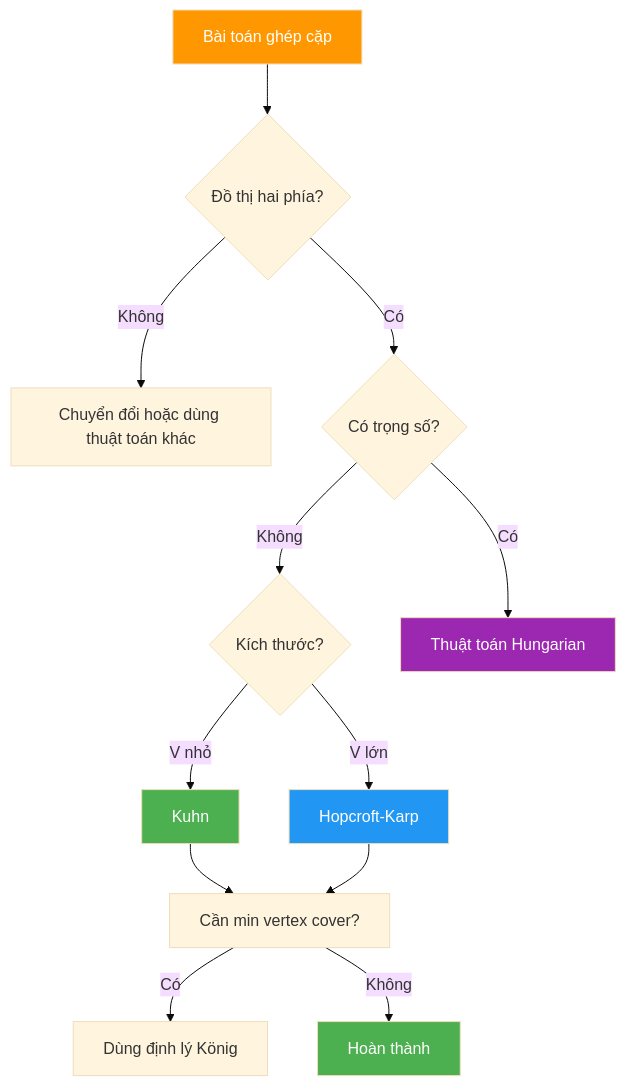
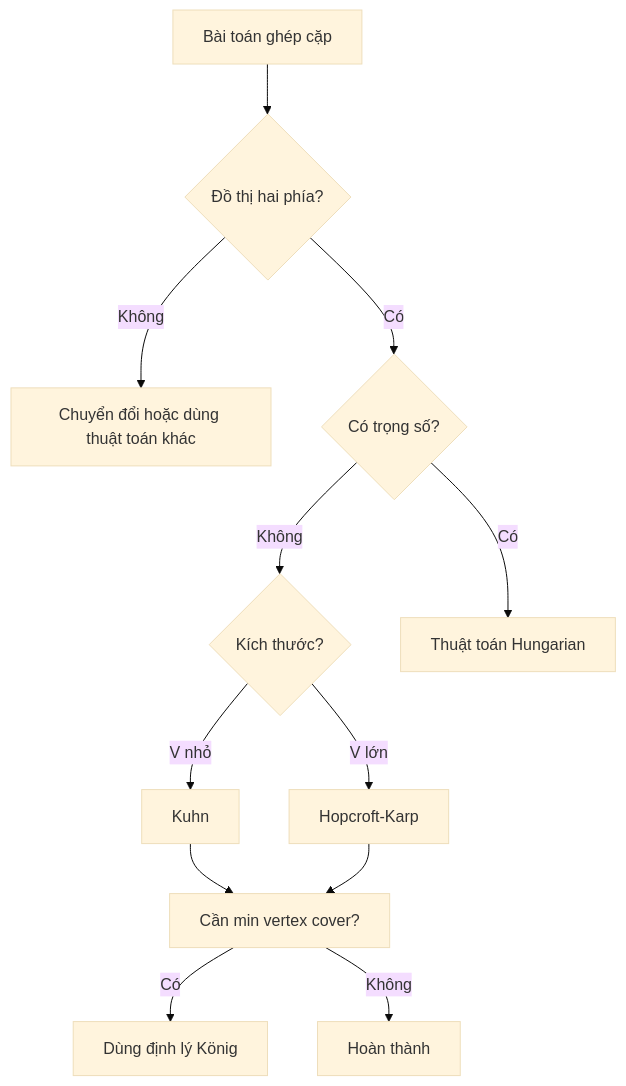
Before and after one commit to FPTOJ-OJ/fptoj_wiki: the fifth of 5 diagrams in docs/lessons/bipartite-matching.md, drawn with Mermaid (base theme). The commit also changed other lines of this file and 18 other files, not shown here.

First line of the commit message:
fix: LaTeX errors, mermaid theme switching, remove custom colors

````diff
--- a/docs/lessons/bipartite-matching.md
+++ b/docs/lessons/bipartite-matching.md
@@ -1111,20 +1095,14 @@
 ```mermaid
 flowchart TD
     A[Bài toán ghép cặp] --> B{Đồ thị hai phía?}
     B -->|Không| C[Chuyển đổi hoặc dùng thuật toán khác]
     B -->|Có| D{Có trọng số?}
     D -->|Không| E{Kích thước?}
     D -->|Có| F[Thuật toán Hungarian]
     E -->|V nhỏ| G[Kuhn]
     E -->|V lớn| H[Hopcroft-Karp]
     G --> I[Cần min vertex cover?]
     H --> I
     I -->|Có| J[Dùng định lý König]
     I -->|Không| K[Hoàn thành]
-
-    style A fill:#FF9800,color:#fff
-    style G fill:#4CAF50,color:#fff
-    style H fill:#2196F3,color:#fff
-    style F fill:#9C27B0,color:#fff
-    style K fill:#4CAF50,color:#fff
 ```
````
